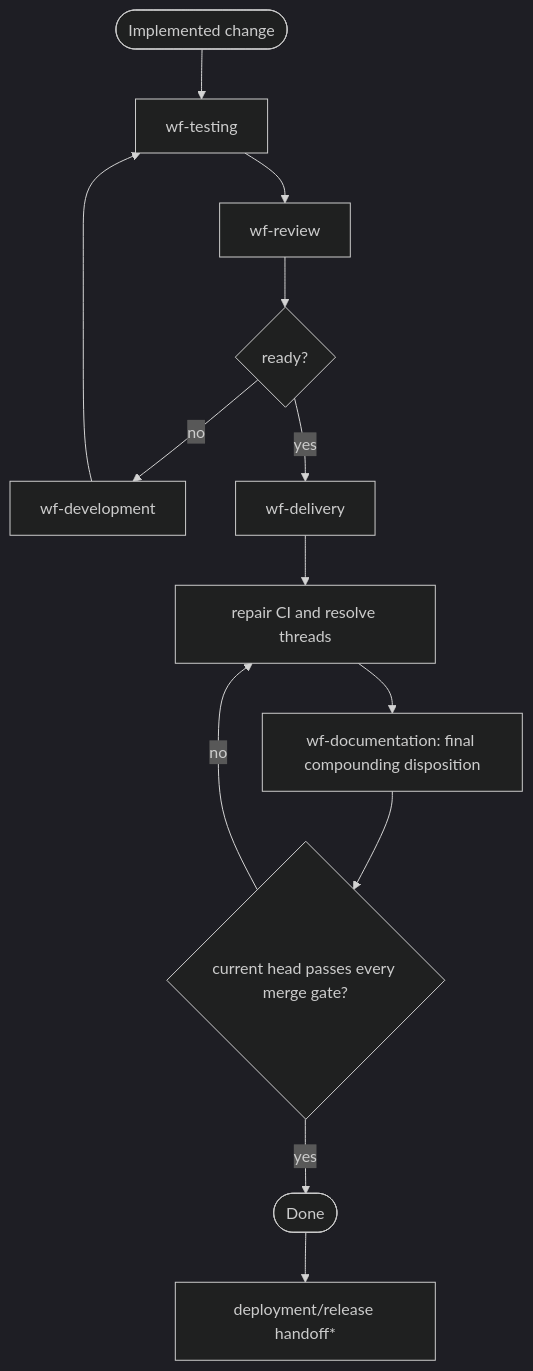
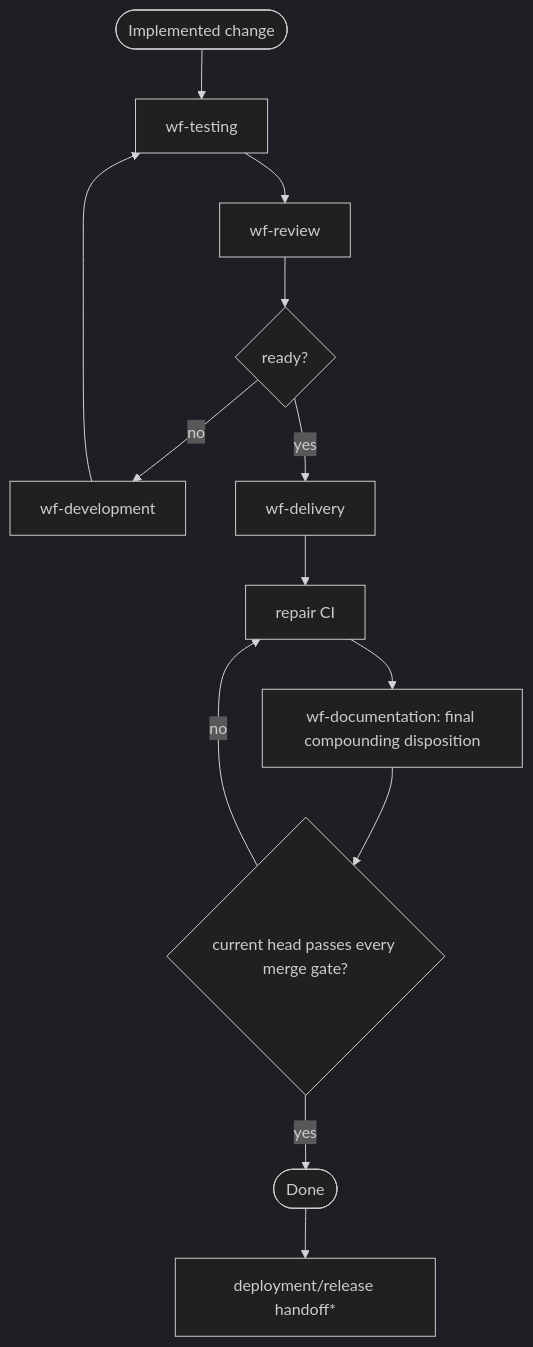
One commit to Life-With-Data/agentic-engineering changed the fifth of 7 diagrams in plugins/agentic-engineering/FLOWS.md. Above: the diagram before and after it, drawn with Mermaid (dark theme). The commit also changed 51 other files, not shown here.

````diff
--- a/plugins/agentic-engineering/FLOWS.md
+++ b/plugins/agentic-engineering/FLOWS.md
@@ -76,15 +76,15 @@
 ```mermaid
 flowchart TD
     implemented([Implemented change]) --> T["wf-testing"]
     T --> R["wf-review"]
     R --> ready{"ready?"}
     ready -->|no| D["wf-development"]
     D --> T
     ready -->|yes| L["wf-delivery"]
-    L --> ci["repair CI and resolve threads"]
+    L --> ci["repair CI"]
     ci --> K["wf-documentation: final compounding disposition"]
     K --> merge{"current head passes every merge gate?"}
     merge -->|no| ci
     merge -->|yes| done([Done])
     done --> deploy["deployment/release handoff*"]
 ```
````
